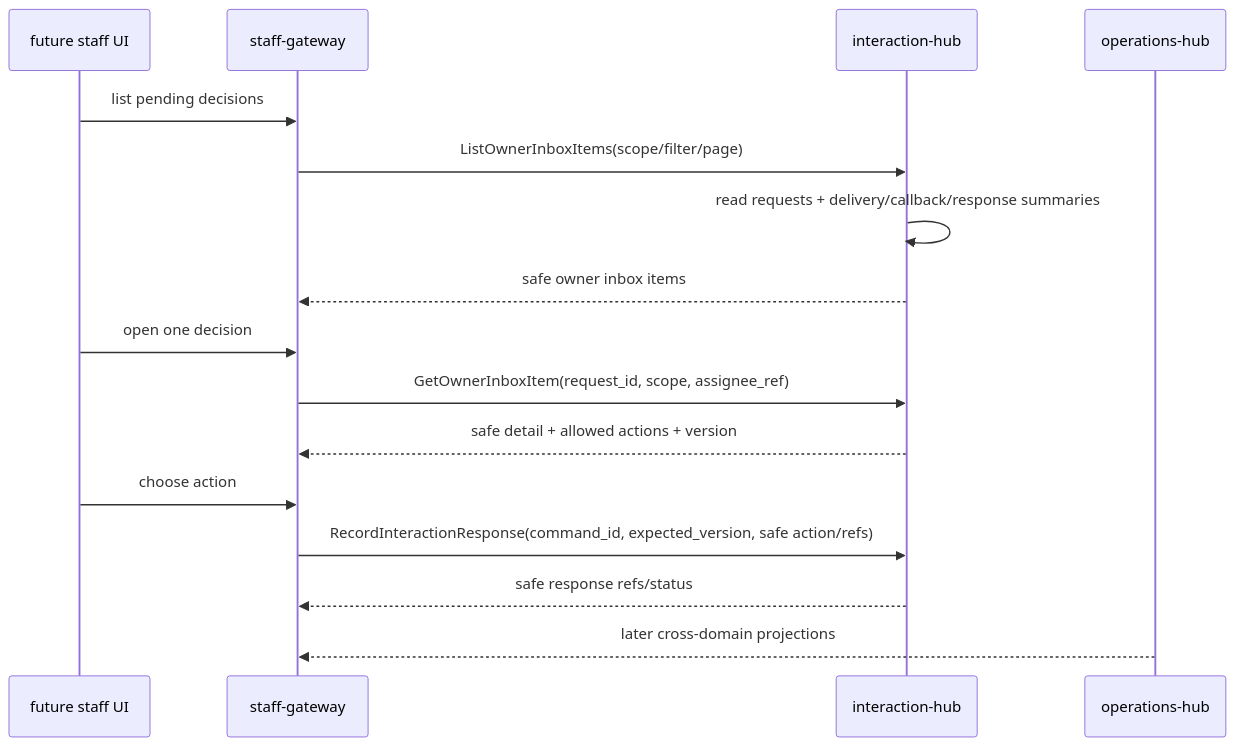
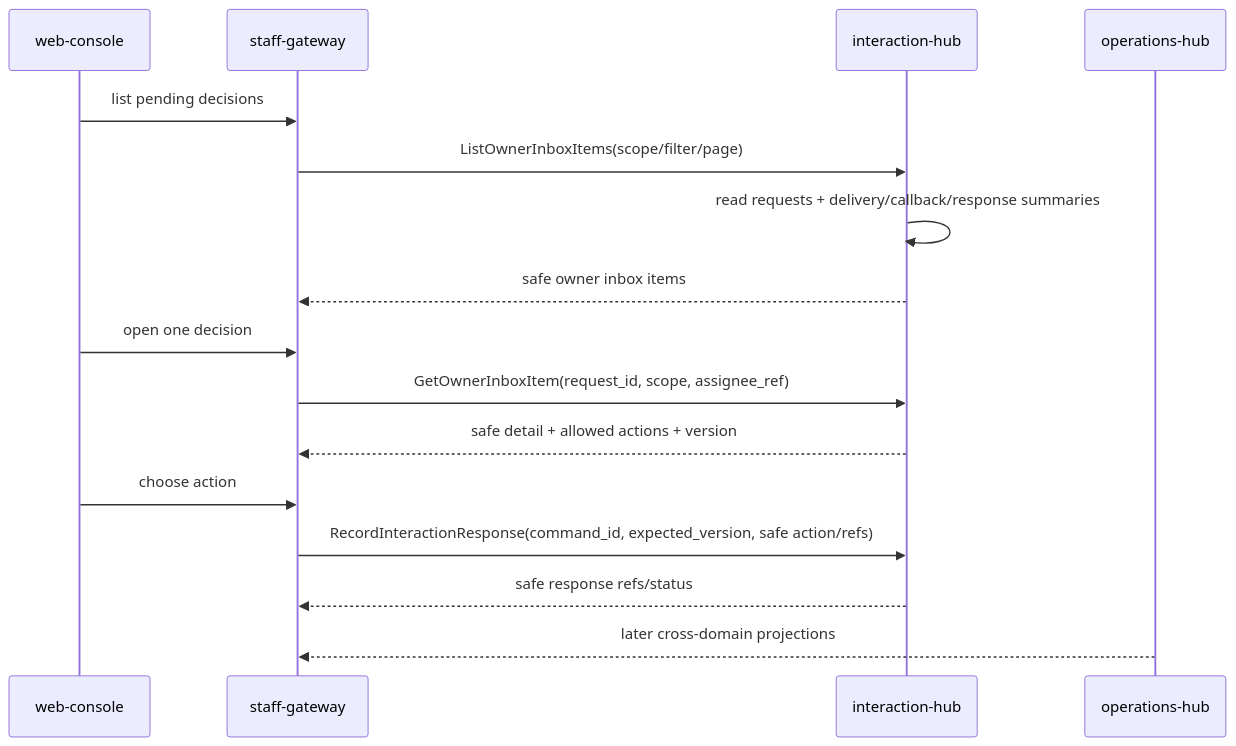
One commit to codex-k8s/kodex changed the fifth of 5 diagrams in docs/domains/interaction-hub/architecture/design.md. Above: the diagram before and after it, drawn with Mermaid. The commit also changed other lines of this file and 29 other files, not shown here.

````diff
--- a/docs/domains/interaction-hub/architecture/design.md
+++ b/docs/domains/interaction-hub/architecture/design.md
@@ -174,18 +174,18 @@
 ```mermaid
 sequenceDiagram
-  participant UI as future staff UI
+  participant UI as web-console
   participant SG as staff-gateway
   participant IH as interaction-hub
   participant Ops as operations-hub
   UI->>SG: list pending decisions
   SG->>IH: ListOwnerInboxItems(scope/filter/page)
   IH->>IH: read requests + delivery/callback/response summaries
   IH-->>SG: safe owner inbox items
   UI->>SG: open one decision
   SG->>IH: GetOwnerInboxItem(request_id, scope, assignee_ref)
   IH-->>SG: safe detail + allowed actions + version
   UI->>SG: choose action
   SG->>IH: RecordInteractionResponse(command_id, expected_version, safe action/refs)
   IH-->>SG: safe response refs/status
   Ops-->>SG: later cross-domain projections
 ```
````
